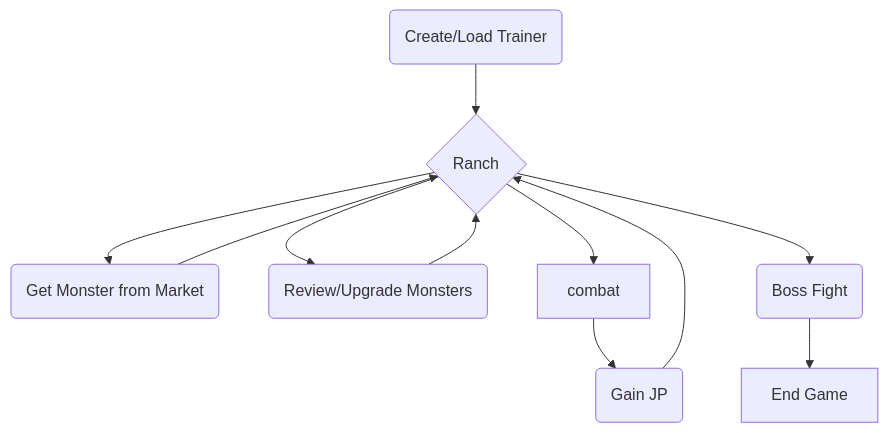
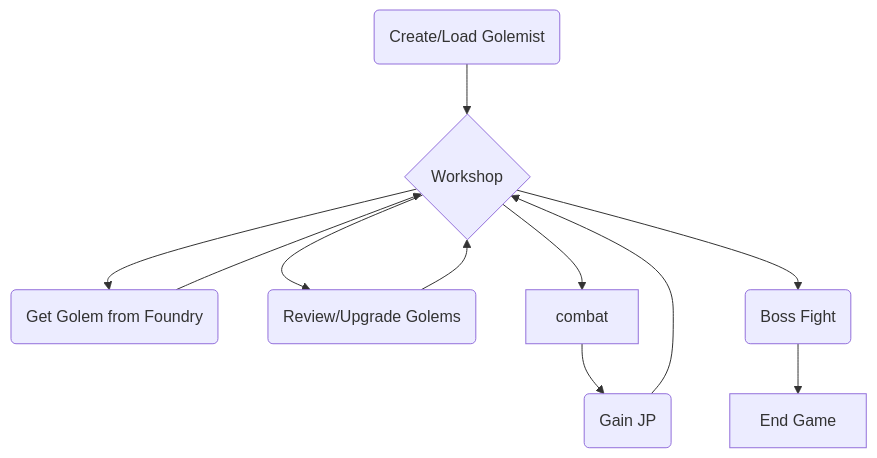
The diagram in docs/gdd.rst (Moguri/prototype-mercury), drawn with Mermaid before and after one commit. The commit also changed other lines of this file, not shown here.

```diff
--- a/docs/gdd.rst
+++ b/docs/gdd.rst
@@ -220,13 +220,13 @@
 .. mermaid::
 
    graph TD
-      get_trainer(Create/Load Trainer) --> ranch{Ranch}
-      ranch -->get_monster(Get Monster from Market)
-      get_monster --> ranch
-      ranch --> review_monsters(Review/Upgrade Monsters)
-      review_monsters --> ranch
-      ranch --> combat
+      get_golemist(Create/Load Golemist) --> workshop{Workshop}
+      workshop -->get_golem(Get Golem from Foundry)
+      get_golem --> workshop
+      workshop --> review_golems(Review/Upgrade Golems)
+      review_golems --> workshop
+      workshop --> combat
       combat --> gain_jp(Gain JP)
-      gain_jp --> ranch
-      ranch --> boss(Boss Fight)
+      gain_jp --> workshop
+      workshop --> boss(Boss Fight)
       boss --> end_game[End Game]
```
